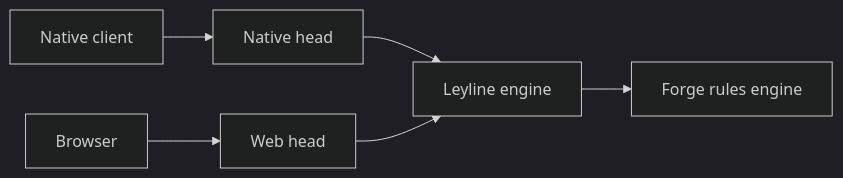
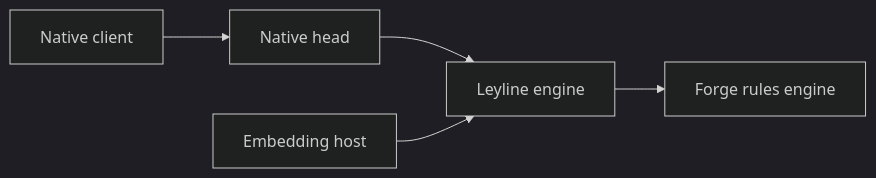
Before and after one commit to delebedev/leyline: the diagram in README.md, drawn with Mermaid (dark theme). The commit also changed other lines of this file and 46 other files, not shown here.

````diff
--- a/README.md
+++ b/README.md
@@ -9,8 +9,7 @@
 ```mermaid
 flowchart LR
     NC["Native client"] --> N["Native head"]
-    B["Browser"] --> W["Web head"]
     N --> E["Leyline engine"]
-    W --> E
+    H["Embedding host"] --> E
     E --> F["Forge rules engine"]
 ```
````
